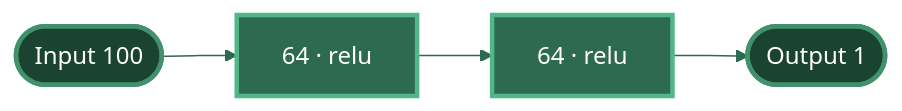
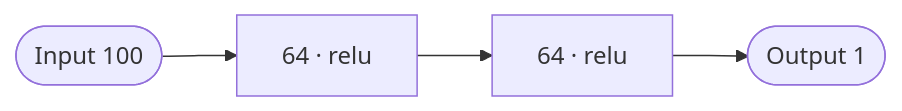
Before and after one commit to maulberto3/gras: the first of 3 diagrams in README.md, drawn with Mermaid. The commit also changed other lines of this file and 4 other files, not shown here.

````diff
--- a/README.md
+++ b/README.md
@@ -30,16 +16,6 @@
 ```mermaid
-%%{init: {'theme': 'base', 'themeVariables': {
-  'primaryColor': '#1a3a2a',
-  'primaryTextColor': '#fff',
-  'lineColor': '#2d6a4f',
-  'primaryBorderColor': '#40916c'
-}}}%%
 graph LR
     I([Input 100]) --> H1[64 · relu]
     H1 --> H2[64 · relu]
     H2 --> O([Output 1])
-    style I fill:#1b4332,stroke:#40916c,stroke-width:3px,color:#fff
-    style H1 fill:#2d6a4f,stroke:#52b788,stroke-width:3px,color:#fff
-    style H2 fill:#2d6a4f,stroke:#52b788,stroke-width:3px,color:#fff
-    style O fill:#1b4332,stroke:#40916c,stroke-width:3px,color:#fff
 ```
````
